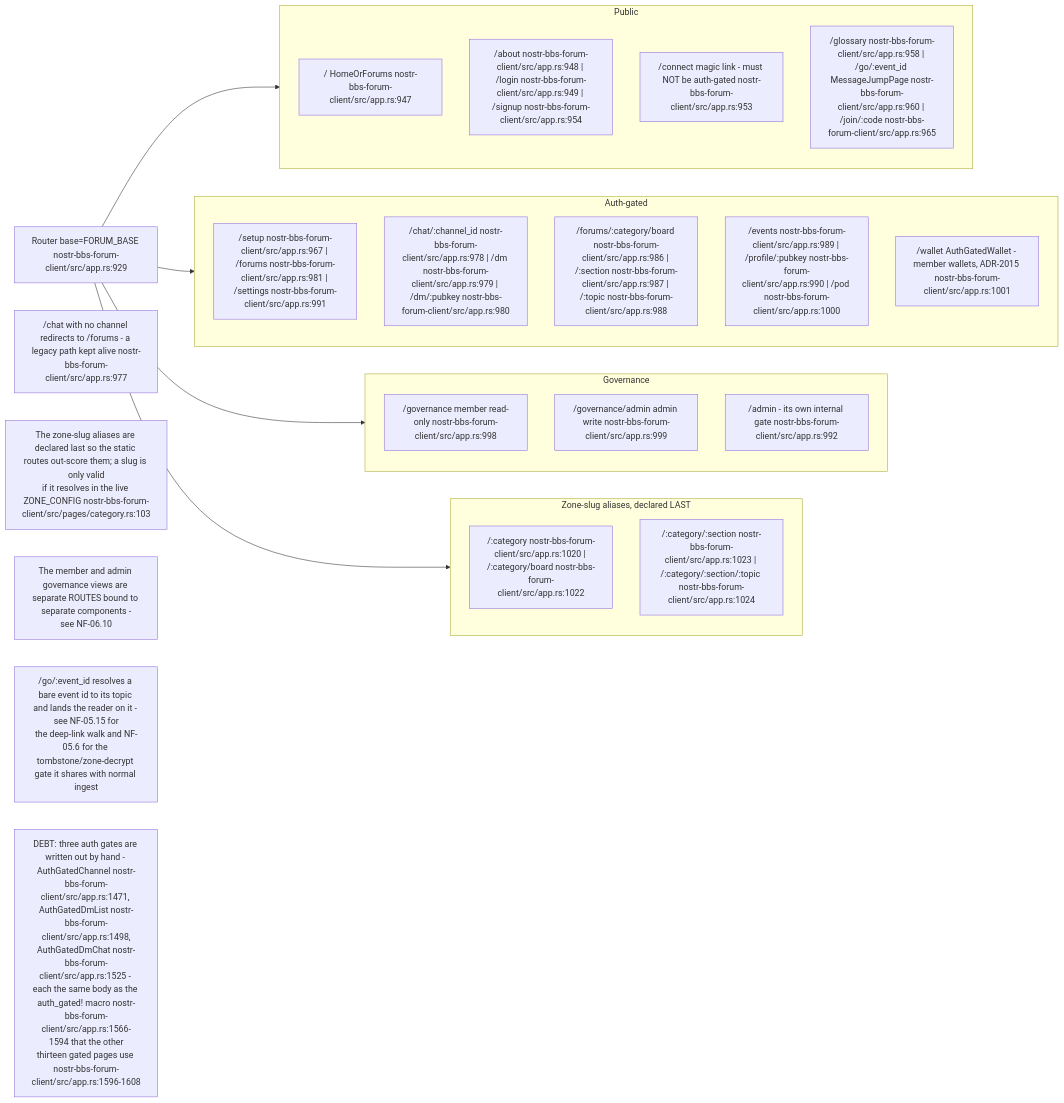
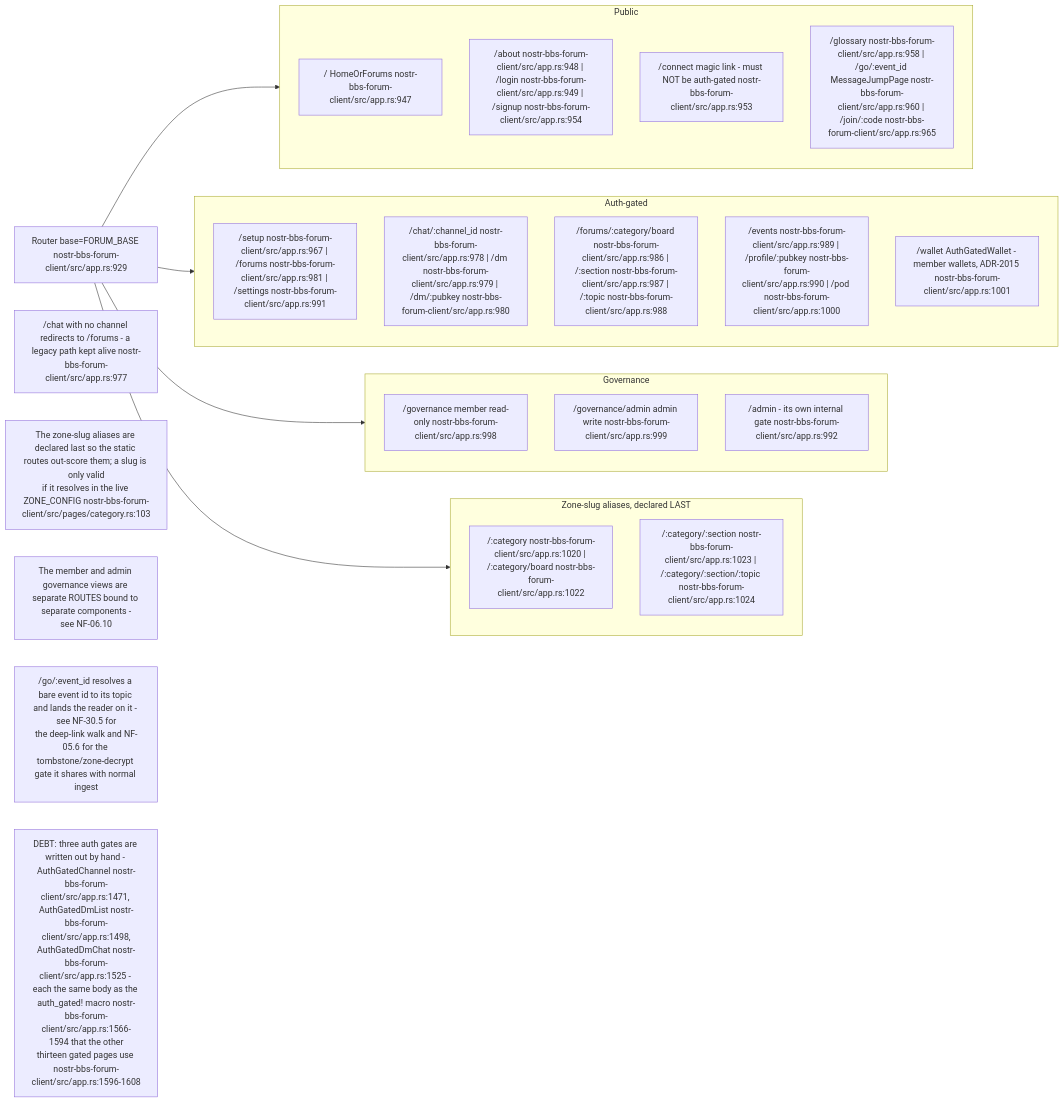
One commit to DreamLab-AI/VisionFlow changed the second of 8 diagrams in docs/diagrams/nostr-rust-forum/05-leptos-clients-onboarding-messaging-governance.md. Above: the diagram before and after it, drawn with Mermaid. The commit also changed other lines of this file and 6 other files, not shown here.

First line of the commit message:
docs(diagrams): split NF-05 into NF-05, NF-30 (messaging) and NF-31 (BBS, zones, push)

````diff
--- a/docs/diagrams/nostr-rust-forum/05-leptos-clients-onboarding-messaging-governance.md
+++ b/docs/diagrams/nostr-rust-forum/05-leptos-clients-onboarding-messaging-governance.md
@@ -116,33 +117,33 @@
 ```mermaid
 flowchart LR
     subgraph pubroutes["Public"]
         R1["/ HomeOrForums nostr-bbs-forum-client/src/app.rs:947"]
         R2["/about nostr-bbs-forum-client/src/app.rs:948 | /login nostr-bbs-forum-client/src/app.rs:949 | /signup nostr-bbs-forum-client/src/app.rs:954"]
         R3["/connect magic link - must NOT be auth-gated nostr-bbs-forum-client/src/app.rs:953"]
         R4["/glossary nostr-bbs-forum-client/src/app.rs:958 | /go/:event_id MessageJumpPage nostr-bbs-forum-client/src/app.rs:960 | /join/:code nostr-bbs-forum-client/src/app.rs:965"]
     end
     subgraph authed["Auth-gated"]
         R5["/setup nostr-bbs-forum-client/src/app.rs:967 | /forums nostr-bbs-forum-client/src/app.rs:981 | /settings nostr-bbs-forum-client/src/app.rs:991"]
         R6["/chat/:channel_id nostr-bbs-forum-client/src/app.rs:978 | /dm nostr-bbs-forum-client/src/app.rs:979 | /dm/:pubkey nostr-bbs-forum-client/src/app.rs:980"]
         R7["/forums/:category/board nostr-bbs-forum-client/src/app.rs:986 | /:section nostr-bbs-forum-client/src/app.rs:987 | /:topic nostr-bbs-forum-client/src/app.rs:988"]
         R8["/events nostr-bbs-forum-client/src/app.rs:989 | /profile/:pubkey nostr-bbs-forum-client/src/app.rs:990 | /pod nostr-bbs-forum-client/src/app.rs:1000"]
         R14["/wallet AuthGatedWallet - member wallets, ADR-2015 nostr-bbs-forum-client/src/app.rs:1001"]
     end
     subgraph gov["Governance"]
         R9["/governance member read-only nostr-bbs-forum-client/src/app.rs:998"]
         R10["/governance/admin admin write nostr-bbs-forum-client/src/app.rs:999"]
         R11["/admin - its own internal gate nostr-bbs-forum-client/src/app.rs:992"]
     end
     subgraph zonealias["Zone-slug aliases, declared LAST"]
         R12["/:category nostr-bbs-forum-client/src/app.rs:1020 | /:category/board nostr-bbs-forum-client/src/app.rs:1022"]
         R13["/:category/:section nostr-bbs-forum-client/src/app.rs:1023 | /:category/:section/:topic nostr-bbs-forum-client/src/app.rs:1024"]
     end
 
     ROUTER["Router base=FORUM_BASE nostr-bbs-forum-client/src/app.rs:929"] --> pubroutes & authed & gov & zonealias
 
     N1["/chat with no channel redirects to /forums - a legacy path kept alive nostr-bbs-forum-client/src/app.rs:977"]
     N2["The zone-slug aliases are declared last so the static routes out-score them; a slug is only valid<br/>if it resolves in the live ZONE_CONFIG nostr-bbs-forum-client/src/pages/category.rs:103"]
     N3["The member and admin governance views are separate ROUTES bound to separate components -<br/>see NF-06.10"]
-    N4["/go/:event_id resolves a bare event id to its topic and lands the reader on it - see NF-05.15 for<br/>the deep-link walk and NF-05.6 for the tombstone/zone-decrypt gate it shares with normal ingest"]
+    N4["/go/:event_id resolves a bare event id to its topic and lands the reader on it - see NF-30.5 for<br/>the deep-link walk and NF-05.6 for the tombstone/zone-decrypt gate it shares with normal ingest"]
     N5["DEBT: three auth gates are written out by hand - AuthGatedChannel nostr-bbs-forum-client/src/app.rs:1471, AuthGatedDmList nostr-bbs-forum-client/src/app.rs:1498,<br/>AuthGatedDmChat nostr-bbs-forum-client/src/app.rs:1525 - each the same body as the auth_gated! macro nostr-bbs-forum-client/src/app.rs:1566-1594 that the other<br/>thirteen gated pages use nostr-bbs-forum-client/src/app.rs:1596-1608"]
 ```
````
